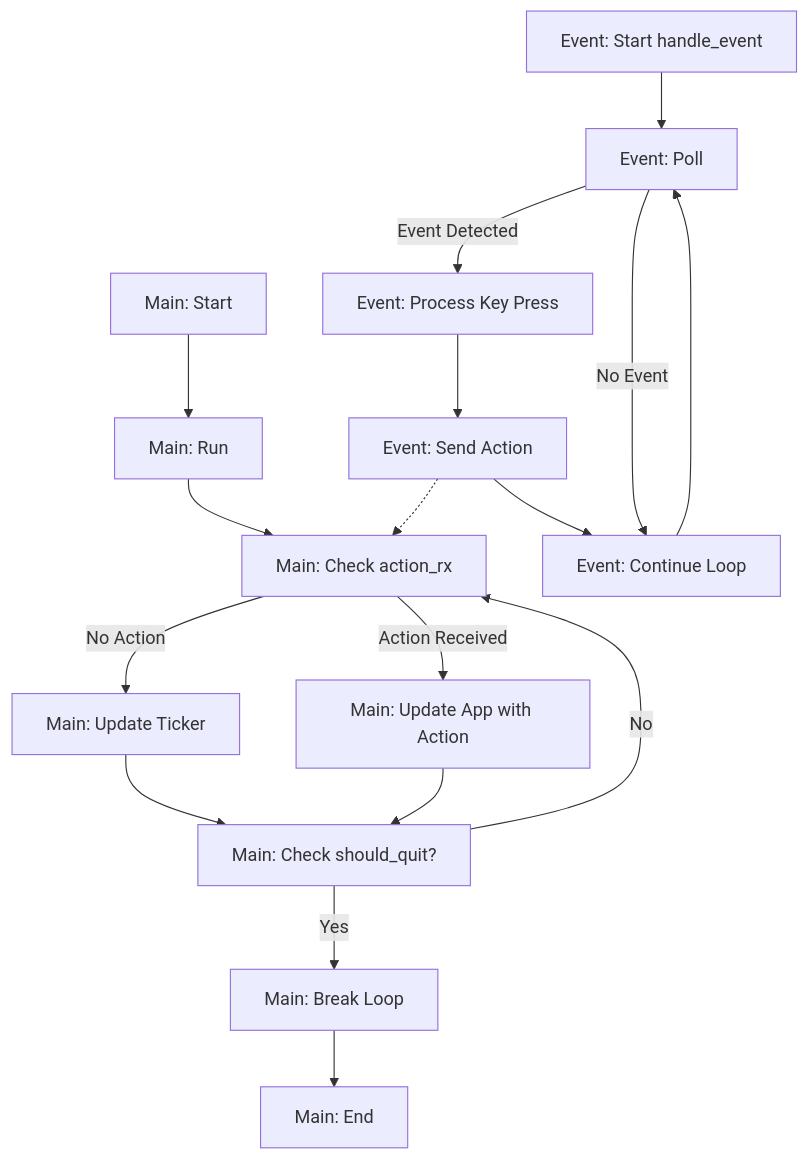
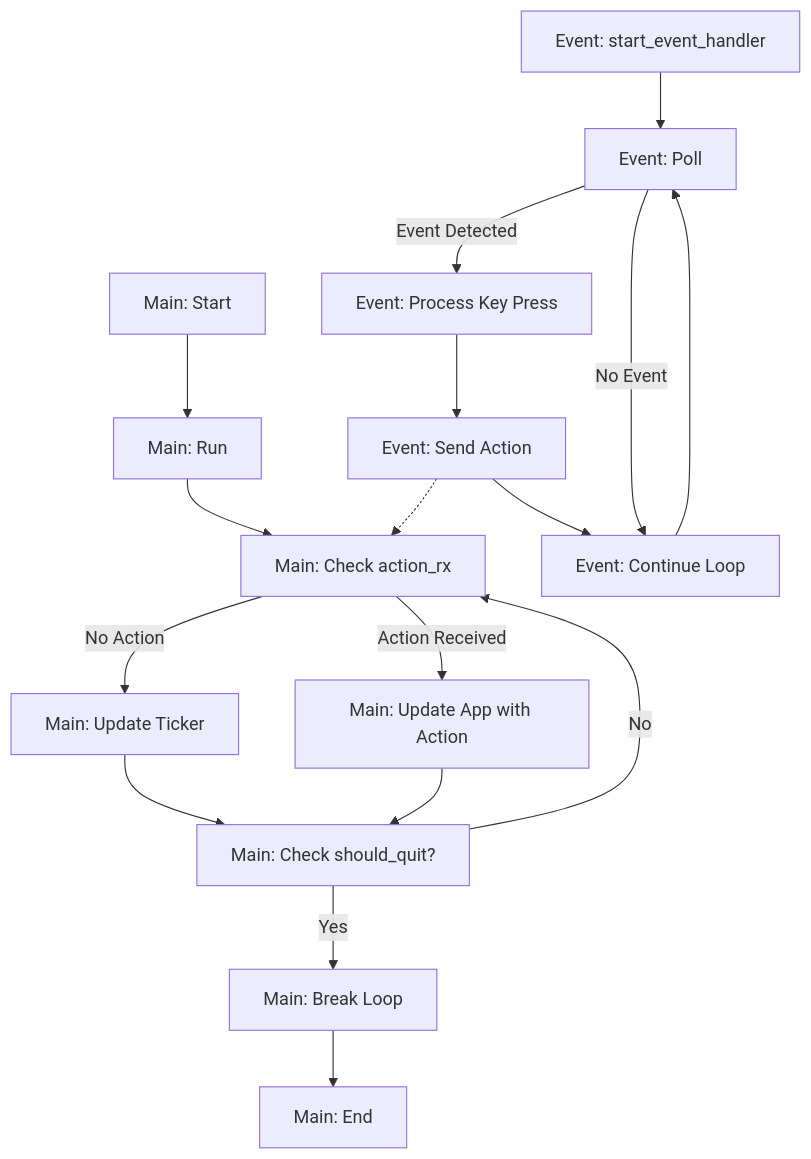
One commit to ratatui/ratatui-website changed the diagram in src/tutorial/counter-async-app/sync-increment-decrement.md. Above: the diagram before and after it, drawn with Mermaid. The commit also changed other lines of this file and 1 other file, not shown here.

````diff
--- a/src/tutorial/counter-async-app/sync-increment-decrement.md
+++ b/src/tutorial/counter-async-app/sync-increment-decrement.md
@@ -38,32 +38,32 @@
 ```mermaid
 graph TD
     MainRun[Main: Run];
     CheckAction[Main: Check action_rx];
     UpdateTicker[Main: Update Ticker];
     UpdateApp[Main: Update App with Action];
     ShouldQuit[Main: Check should_quit?];
     BreakLoop[Main: Break Loop];
     MainStart[Main: Start];
     MainEnd[Main: End];
     MainStart --> MainRun;
     MainRun --> CheckAction;
     CheckAction -->|No Action| UpdateTicker;
     UpdateTicker --> ShouldQuit;
     CheckAction -->|Action Received| UpdateApp;
     UpdateApp --> ShouldQuit;
     ShouldQuit -->|Yes| BreakLoop;
     BreakLoop --> MainEnd;
     ShouldQuit -->|No| CheckAction;
-    EventStart[Event: Start handle_event];
+    EventStart[Event: start_event_handler];
     PollEvent[Event: Poll];
     ProcessKeyPress[Event: Process Key Press];
     SendAction[Event: Send Action];
     ContinueLoop[Event: Continue Loop];
     EventStart --> PollEvent;
     PollEvent -->|Event Detected| ProcessKeyPress;
     ProcessKeyPress --> SendAction;
     SendAction --> ContinueLoop;
     ContinueLoop --> PollEvent;
     PollEvent -->|No Event| ContinueLoop;
     SendAction -.-> CheckAction;
 ```
````
